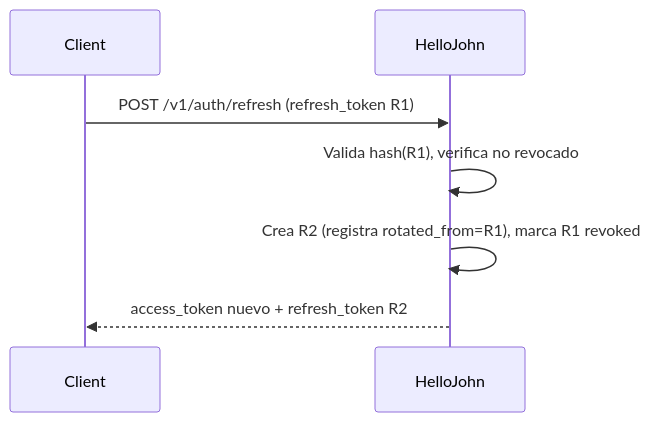
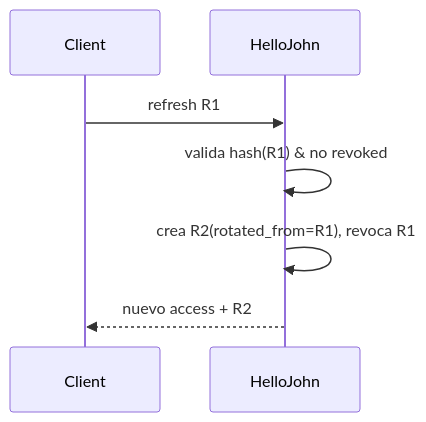
The third of 6 diagrams in README.md (dropDatabas3/hellojohn), drawn with Mermaid before and after one commit. The commit also changed other lines of this file and 32 other files, not shown here.

````diff
--- a/README.md
+++ b/README.md
@@ -122,9 +159,9 @@
 ```mermaid
 sequenceDiagram
-  participant C as Client
-  participant S as HelloJohn
-  C->>S: POST /v1/auth/refresh (refresh_token R1)
-  S->>S: Valida hash(R1), verifica no revocado
-  S->>S: Crea R2 (registra rotated_from=R1), marca R1 revoked
-  S-->>C: access_token nuevo + refresh_token R2
+participant C as Client
+participant S as HelloJohn
+C->>S: refresh R1
+S->>S: valida hash(R1) & no revoked
+S->>S: crea R2(rotated_from=R1), revoca R1
+S-->>C: nuevo access + R2
 ```
````
